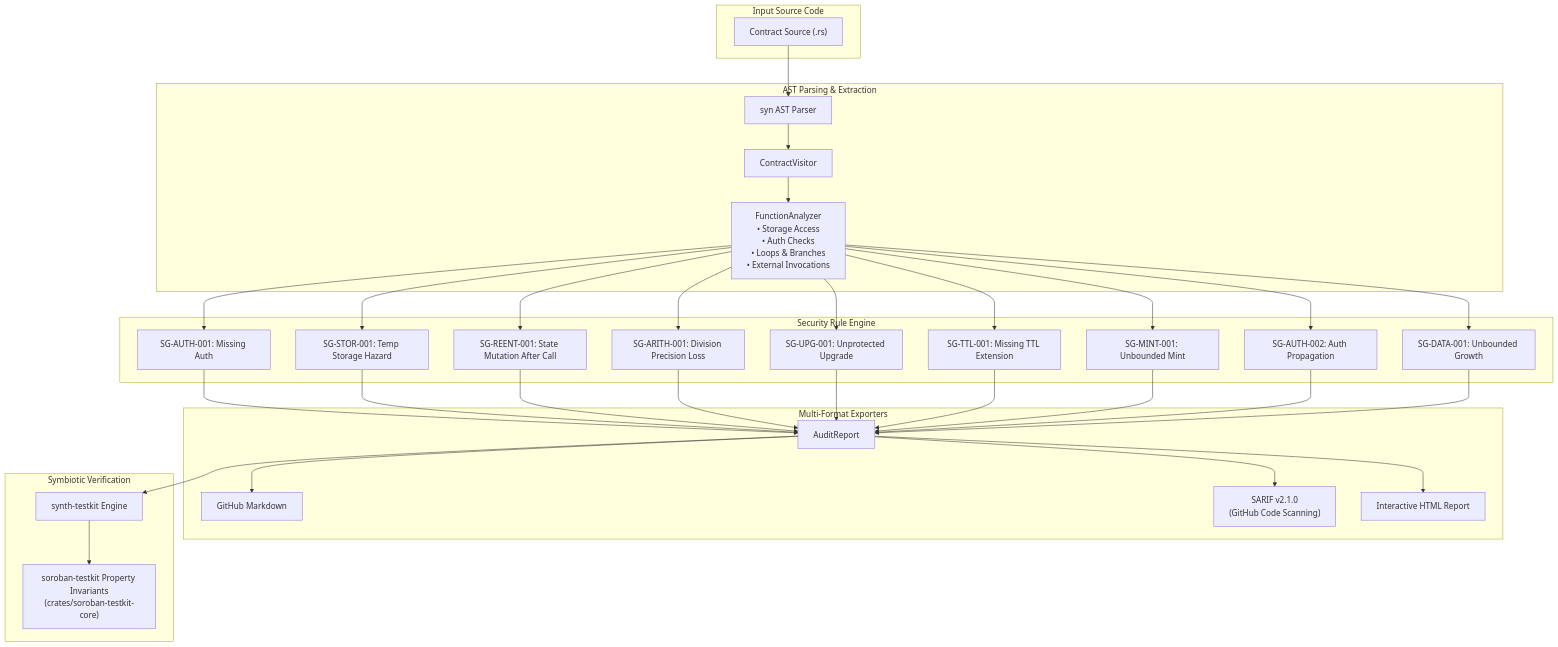
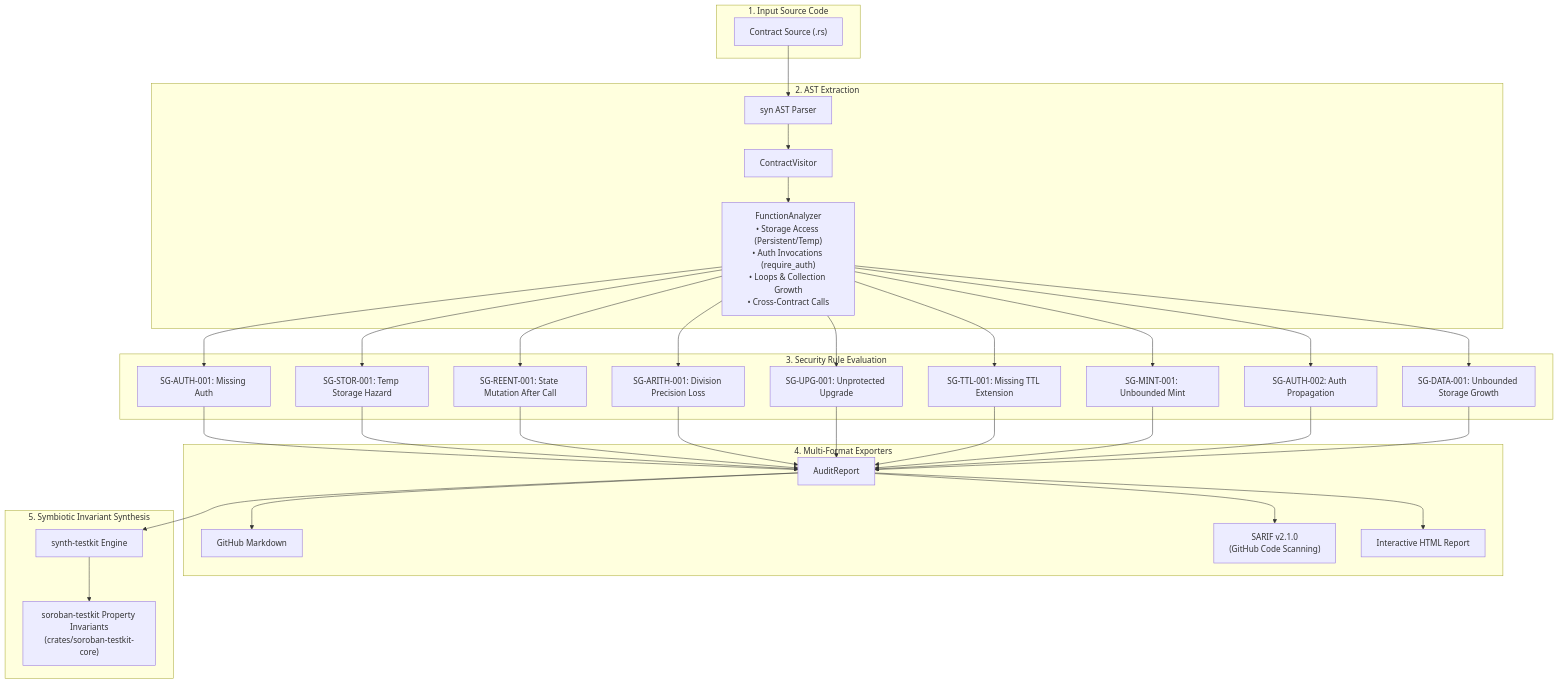
The diagram in README.md (stellar-crucible/soroban-guard), drawn with Mermaid before and after one commit. The commit also changed other lines of this file and 1 other file, not shown here.

````diff
--- a/README.md
+++ b/README.md
@@ -23,40 +34,40 @@
 ```mermaid
 flowchart TD
-    subgraph Input["Input Source Code"]
+    subgraph Input["1. Input Source Code"]
         RS["Contract Source (.rs)"]
     end
 
-    subgraph Parsing["AST Parsing & Extraction"]
+    subgraph Parsing["2. AST Extraction"]
         SYN["syn AST Parser"]
         VIS["ContractVisitor"]
-        FUNC["FunctionAnalyzer\n• Storage Access\n• Auth Checks\n• Loops & Branches\n• External Invocations"]
+        FUNC["FunctionAnalyzer\n• Storage Access (Persistent/Temp)\n• Auth Invocations (require_auth)\n• Loops & Collection Growth\n• Cross-Contract Calls"]
         RS --> SYN --> VIS --> FUNC
     end
 
-    subgraph Rules["Security Rule Engine"]
+    subgraph Rules["3. Security Rule Evaluation"]
         R1["SG-AUTH-001: Missing Auth"]
         R2["SG-STOR-001: Temp Storage Hazard"]
         R3["SG-REENT-001: State Mutation After Call"]
         R4["SG-ARITH-001: Division Precision Loss"]
         R5["SG-UPG-001: Unprotected Upgrade"]
         R6["SG-TTL-001: Missing TTL Extension"]
         R7["SG-MINT-001: Unbounded Mint"]
         R8["SG-AUTH-002: Auth Propagation"]
-        R9["SG-DATA-001: Unbounded Growth"]
+        R9["SG-DATA-001: Unbounded Storage Growth"]
         FUNC --> R1 & R2 & R3 & R4 & R5 & R6 & R7 & R8 & R9
     end
 
-    subgraph Reporting["Multi-Format Exporters"]
+    subgraph Reporting["4. Multi-Format Exporters"]
         REP["AuditReport"]
         R1 & R2 & R3 & R4 & R5 & R6 & R7 & R8 & R9 --> REP
         REP --> MD["GitHub Markdown"]
         REP --> SARIF["SARIF v2.1.0\n(GitHub Code Scanning)"]
         REP --> HTML["Interactive HTML Report"]
     end
 
-    subgraph Synthesis["Symbiotic Verification"]
+    subgraph Synthesis["5. Symbiotic Invariant Synthesis"]
         SYNTH["synth-testkit Engine"]
         REP --> SYNTH
         SYNTH --> TESTKIT["soroban-testkit Property Invariants\n(crates/soroban-testkit-core)"]
     end
 ```
````
